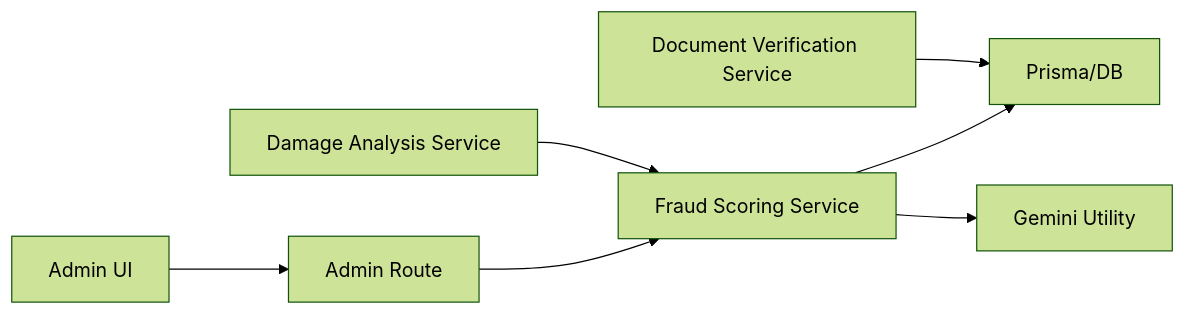
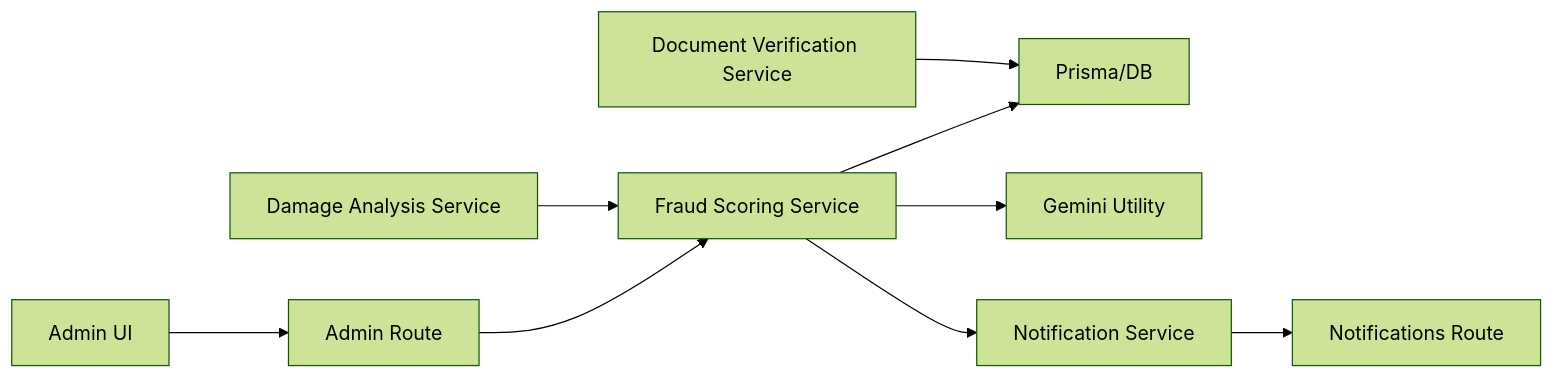
Diagram 12 of 12 in .qoder/repowiki/en/content/Backend Documentation/Business Logic & Services/AI-Powered Fraud Scoring Engine.md (NaveenHiranya/Smart-Vehicle-Insurance-Claim-System), drawn with Mermaid (forest theme) before and after one commit. The commit also changed other lines of this file and 46 other files, not shown here.

````diff
--- a/.qoder/repowiki/en/content/Backend Documentation/Business Logic & Services/AI-Powered Fraud Scoring Engine.md
+++ b/.qoder/repowiki/en/content/Backend Documentation/Business Logic & Services/AI-Powered Fraud Scoring Engine.md
@@ -335,9 +436,11 @@
 ```mermaid
 graph LR
 FE["Admin UI"] --> AR["Admin Route"]
 AR --> FSS["Fraud Scoring Service"]
 FSS --> PRISMA["Prisma/DB"]
 FSS --> GEMINI["Gemini Utility"]
+FSS --> NOTIF["Notification Service"]
 DAS["Damage Analysis Service"] --> FSS
 DVS["Document Verification Service"] --> PRISMA
+NOTIF --> NROUTES["Notifications Route"]
 ```
````
